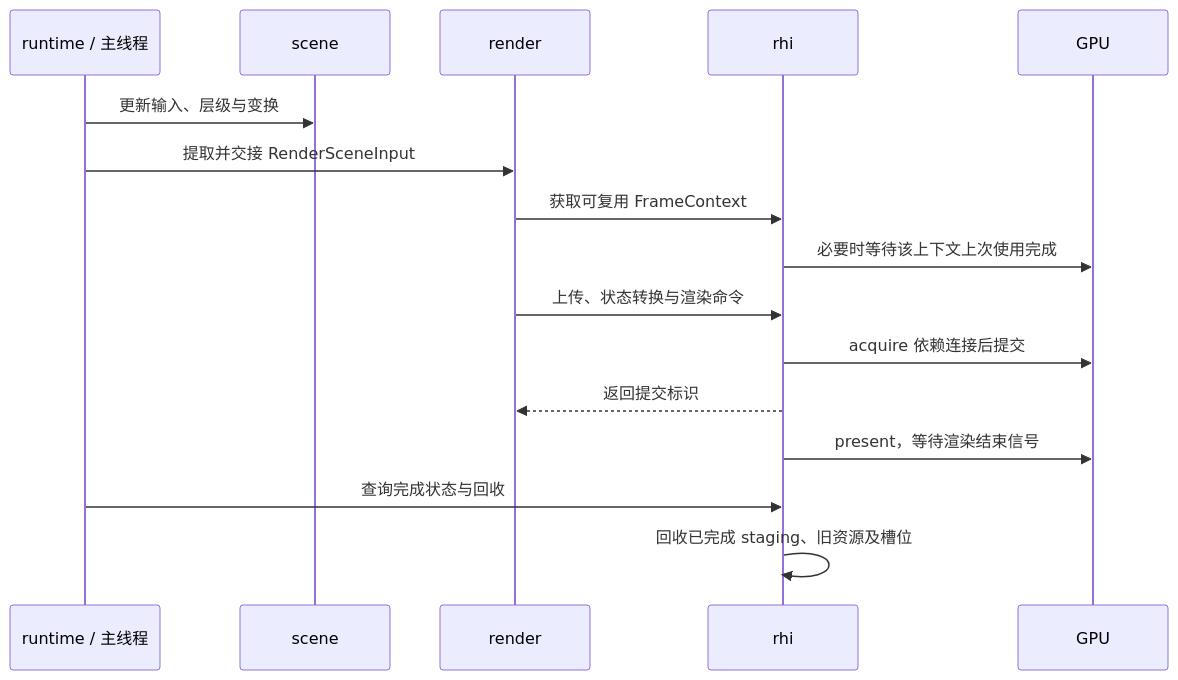
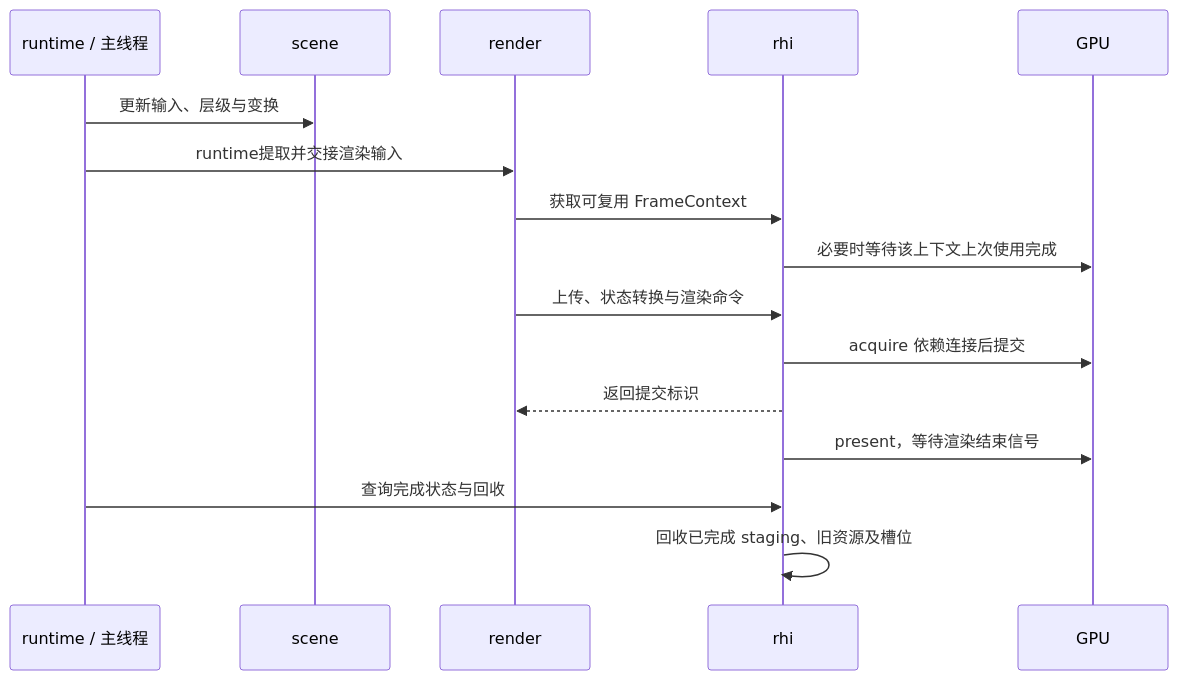
Before and after one commit to weimo1/AR-Engine: the fourth of 8 diagrams in docs/总体架构与技术路线.md, drawn with Mermaid. The commit also changed other lines of this file and 62 other files, not shown here.

````diff
--- a/docs/总体架构与技术路线.md
+++ b/docs/总体架构与技术路线.md
@@ -147,18 +147,18 @@
 ```mermaid
 sequenceDiagram
   participant Host as runtime / 主线程
   participant Scene as scene
   participant Render as render
   participant Rhi as rhi
   participant GPU as GPU
   Host->>Scene: 更新输入、层级与变换
-  Host->>Render: 提取并交接 RenderSceneInput
+  Host->>Render: runtime提取并交接渲染输入
   Render->>Rhi: 获取可复用 FrameContext
   Rhi->>GPU: 必要时等待该上下文上次使用完成
   Render->>Rhi: 上传、状态转换与渲染命令
   Rhi->>GPU: acquire 依赖连接后提交
   Rhi-->>Render: 返回提交标识
   Rhi->>GPU: present，等待渲染结束信号
   Host->>Rhi: 查询完成状态与回收
   Rhi->>Rhi: 回收已完成 staging、旧资源及槽位
 ```
````
